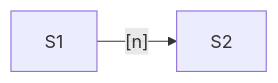
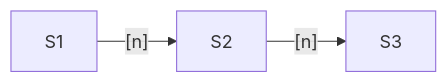
Before and after one commit to TungPH7/ai-orchestrator-v1: the diagram in templates/design.md, drawn with Mermaid. The commit also changed other lines of this file and 28 other files, not shown here.

````diff
--- a/templates/design.md
+++ b/templates/design.md
@@ -29,4 +31,5 @@
 ```mermaid
 flowchart LR
   S1[S1 <name>] -->|"[n] <action>"| S2[S2 <name>]
+  S2 -->|"[n] <action>"| S3[S3 <name>]
 ```
````
